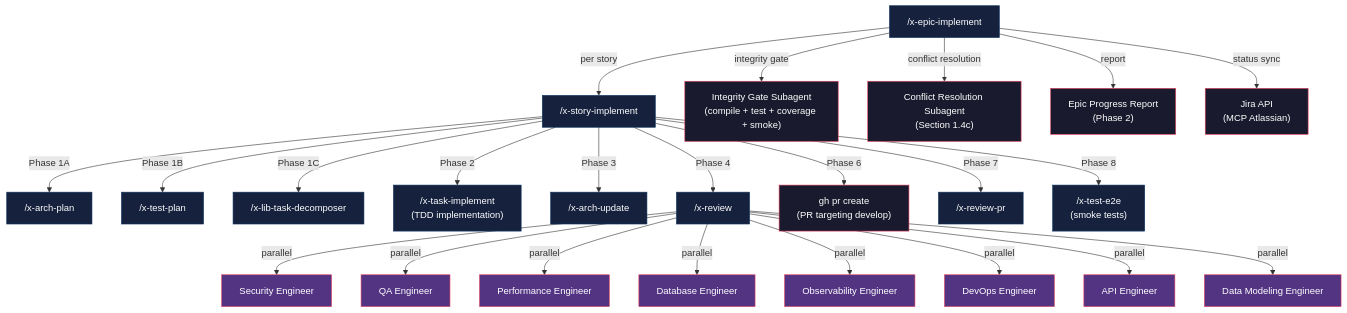
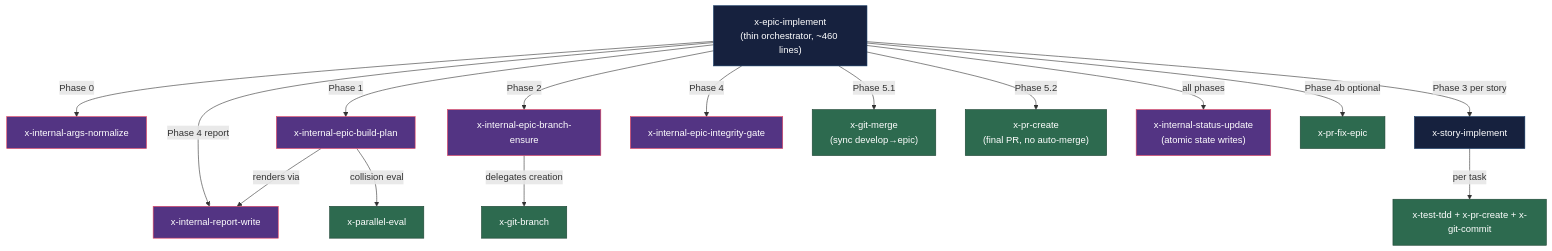
The second of 3 diagrams in java/src/test/resources/golden/java-spring-fintech-pci/.claude/skills/x-epic-implement/README.md (edercnj/ia-dev-environment), drawn with Mermaid before and after one commit. The commit also changed other lines of this file and 130 other files, not shown here.

````diff
--- a/java/src/test/resources/golden/java-spring-fintech-pci/.claude/skills/x-epic-implement/README.md
+++ b/java/src/test/resources/golden/java-spring-fintech-pci/.claude/skills/x-epic-implement/README.md
@@ -210,36 +61,26 @@
 ```mermaid
 graph TD
-    EPIC["/x-epic-implement"] -->|per story| LIFE["/x-story-implement"]
+    EPIC["x-epic-implement<br/>(thin orchestrator, ~460 lines)"] -->|Phase 0| ARGS["x-internal-args-normalize"]
+    EPIC -->|Phase 1| PLAN["x-internal-epic-build-plan"]
+    EPIC -->|Phase 2| BRANCH["x-internal-epic-branch-ensure"]
+    EPIC -->|Phase 3 per story| STORY["x-story-implement"]
+    EPIC -->|Phase 4| GATE["x-internal-epic-integrity-gate"]
+    EPIC -->|Phase 4 report| REPORT["x-internal-report-write"]
+    EPIC -->|Phase 5.1| MERGE["x-git-merge<br/>(sync develop→epic)"]
+    EPIC -->|Phase 5.2| PR["x-pr-create<br/>(final PR, no auto-merge)"]
+    EPIC -->|all phases| STATE["x-internal-status-update<br/>(atomic state writes)"]
+    EPIC -->|Phase 4b optional| PRFIX["x-pr-fix-epic"]
 
-    LIFE -->|Phase 1A| ARCH["/x-arch-plan"]
-    LIFE -->|Phase 1B| TEST["/x-test-plan"]
-    LIFE -->|Phase 1C| TASK["/x-lib-task-decomposer"]
-    LIFE -->|Phase 2| IMPL["/x-task-implement<br/>(TDD implementation)"]
-    LIFE -->|Phase 3| ARCHUP["/x-arch-update"]
-    LIFE -->|Phase 4| REVIEW["/x-review"]
-    LIFE -->|Phase 6| PR["gh pr create<br/>(PR targeting develop)"]
-    LIFE -->|Phase 7| LTREVIEW["/x-review-pr"]
-    LIFE -->|Phase 8| E2E["/x-test-e2e<br/>(smoke tests)"]
+    BRANCH -->|delegates creation| GITBRANCH["x-git-branch"]
+    PLAN -->|renders via| REPORT
+    PLAN -->|collision eval| PAREV["x-parallel-eval"]
+    STORY -->|per task| TDD["x-test-tdd + x-pr-create + x-git-commit"]
 
-    REVIEW -->|parallel| S1["Security Engineer"]
-    REVIEW -->|parallel| S2["QA Engineer"]
-    REVIEW -->|parallel| S3["Performance Engineer"]
-    REVIEW -->|parallel| S4["Database Engineer"]
-    REVIEW -->|parallel| S5["Observability Engineer"]
-    REVIEW -->|parallel| S6["DevOps Engineer"]
-    REVIEW -->|parallel| S7["API Engineer"]
-    REVIEW -->|parallel| S8["Data Modeling Engineer"]
+    classDef thin fill:#16213e,stroke:#0f3460,color:#fff
+    classDef internal fill:#533483,stroke:#e94560,color:#fff
+    classDef primitive fill:#2d6a4f,stroke:#1b4332,color:#fff
 
-    EPIC -->|integrity gate| GATE["Integrity Gate Subagent<br/>(compile + test + coverage + smoke)"]
-    EPIC -->|conflict resolution| CONFLICT["Conflict Resolution Subagent<br/>(Section 1.4c)"]
-    EPIC -->|report| REPORT["Epic Progress Report<br/>(Phase 2)"]
-    EPIC -->|status sync| JIRA["Jira API<br/>(MCP Atlassian)"]
-
-    classDef skill fill:#16213e,stroke:#0f3460,color:#fff
-    classDef specialist fill:#533483,stroke:#e94560,color:#fff
-    classDef infra fill:#1a1a2e,stroke:#e94560,color:#fff
-
-    class EPIC,LIFE,ARCH,TEST,TASK,IMPL,ARCHUP,REVIEW,LTREVIEW,E2E skill
-    class S1,S2,S3,S4,S5,S6,S7,S8 specialist
-    class PR,GATE,CONFLICT,REPORT,JIRA infra
+    class EPIC,STORY thin
+    class ARGS,PLAN,BRANCH,GATE,REPORT,STATE internal
+    class MERGE,PR,GITBRANCH,PAREV,PRFIX,TDD primitive
 ```
````
